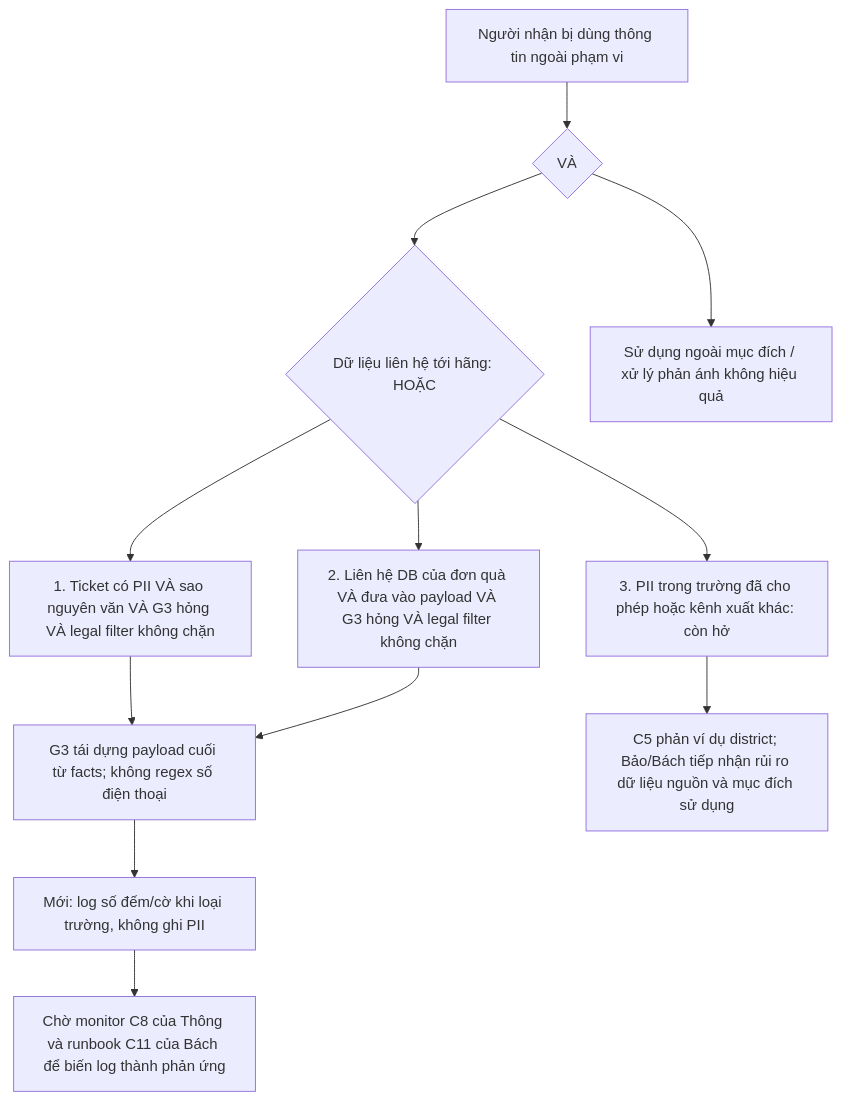
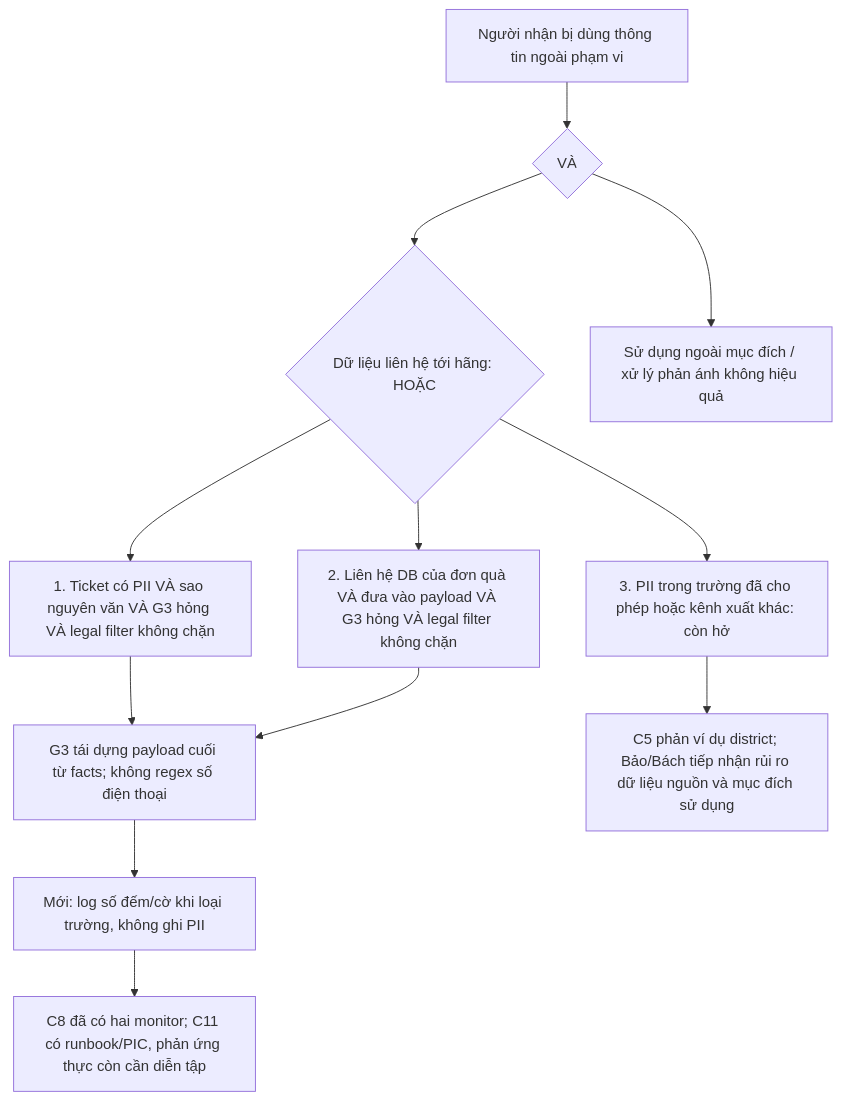
The second of 2 diagrams in templates/form-c-incident.md (NguyenDacThe/K5-L3A-DAY10-NhomABC-PoCtoPilotGate1), drawn with Mermaid before and after one commit. The commit also changed other lines of this file and 42 other files, not shown here.

````diff
--- a/templates/form-c-incident.md
+++ b/templates/form-c-incident.md
@@ -411,14 +445,14 @@
 ```mermaid
 flowchart TD
     T["Người nhận bị dùng thông tin ngoài phạm vi"] --> A{"VÀ"}
     A --> L{"Dữ liệu liên hệ tới hãng: HOẶC"}
     A --> U["Sử dụng ngoài mục đích / xử lý phản ánh không hiệu quả"]
     L --> B1["1. Ticket có PII VÀ sao nguyên văn VÀ G3 hỏng VÀ legal filter không chặn"]
     L --> B2["2. Liên hệ DB của đơn quà VÀ đưa vào payload VÀ G3 hỏng VÀ legal filter không chặn"]
     L --> B3["3. PII trong trường đã cho phép hoặc kênh xuất khác: còn hở"]
     B1 --> G["G3 tái dựng payload cuối từ facts; không regex số điện thoại"]
     B2 --> G
     G --> Q["Mới: log số đếm/cờ khi loại trường, không ghi PII"]
-    Q --> M["Chờ monitor C8 của Thông và runbook C11 của Bách để biến log thành phản ứng"]
+    Q --> M["C8 đã có hai monitor; C11 có runbook/PIC, phản ứng thực còn cần diễn tập"]
     B3 --> R["C5 phản ví dụ district; Bảo/Bách tiếp nhận rủi ro dữ liệu nguồn và mục đích sử dụng"]
 ```
````
